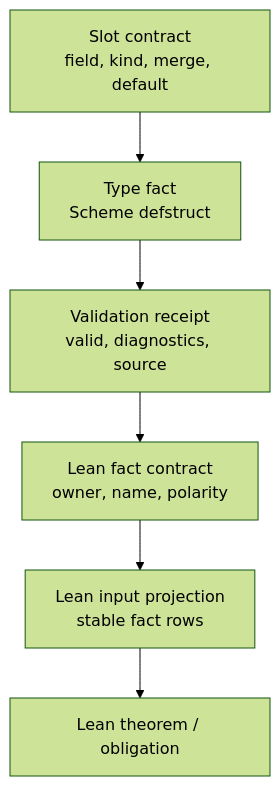
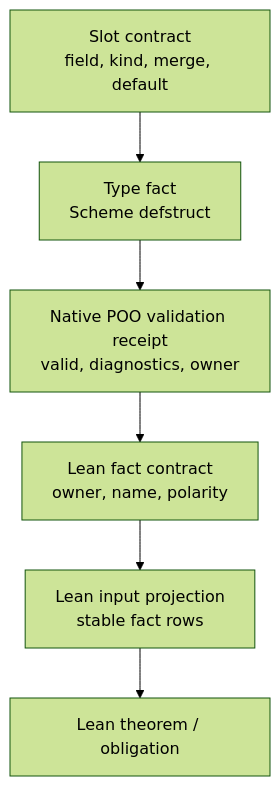
Before and after one commit to tao3k/poo-flow: the second of 2 diagrams in docs/10-19-design/10.06-poo-module-system/56-type-facts-validation-lean-plan.org, drawn with Mermaid (forest theme). The commit also changed other lines of this file and 4 other files, not shown here.

First line of the commit message:
Validate sandbox resource prototypes with native POO receipts (#49)

```diff
--- a/docs/10-19-design/10.06-poo-module-system/56-type-facts-validation-lean-plan.org
+++ b/docs/10-19-design/10.06-poo-module-system/56-type-facts-validation-lean-plan.org
@@ -111,10 +118,10 @@
 #+begin_src mermaid
 flowchart TD
   SlotContract["Slot contract\nfield, kind, merge, default"]
   TypeFact["Type fact\nScheme defstruct"]
-  Validation["Validation receipt\nvalid, diagnostics, source"]
+  Validation["Native POO validation receipt\nvalid, diagnostics, owner"]
   LeanContract["Lean fact contract\nowner, name, polarity"]
   LeanProjection["Lean input projection\nstable fact rows"]
   Theorem["Lean theorem / obligation"]
   SlotContract --> TypeFact --> Validation --> LeanContract --> LeanProjection --> Theorem
 #+end_src
```
